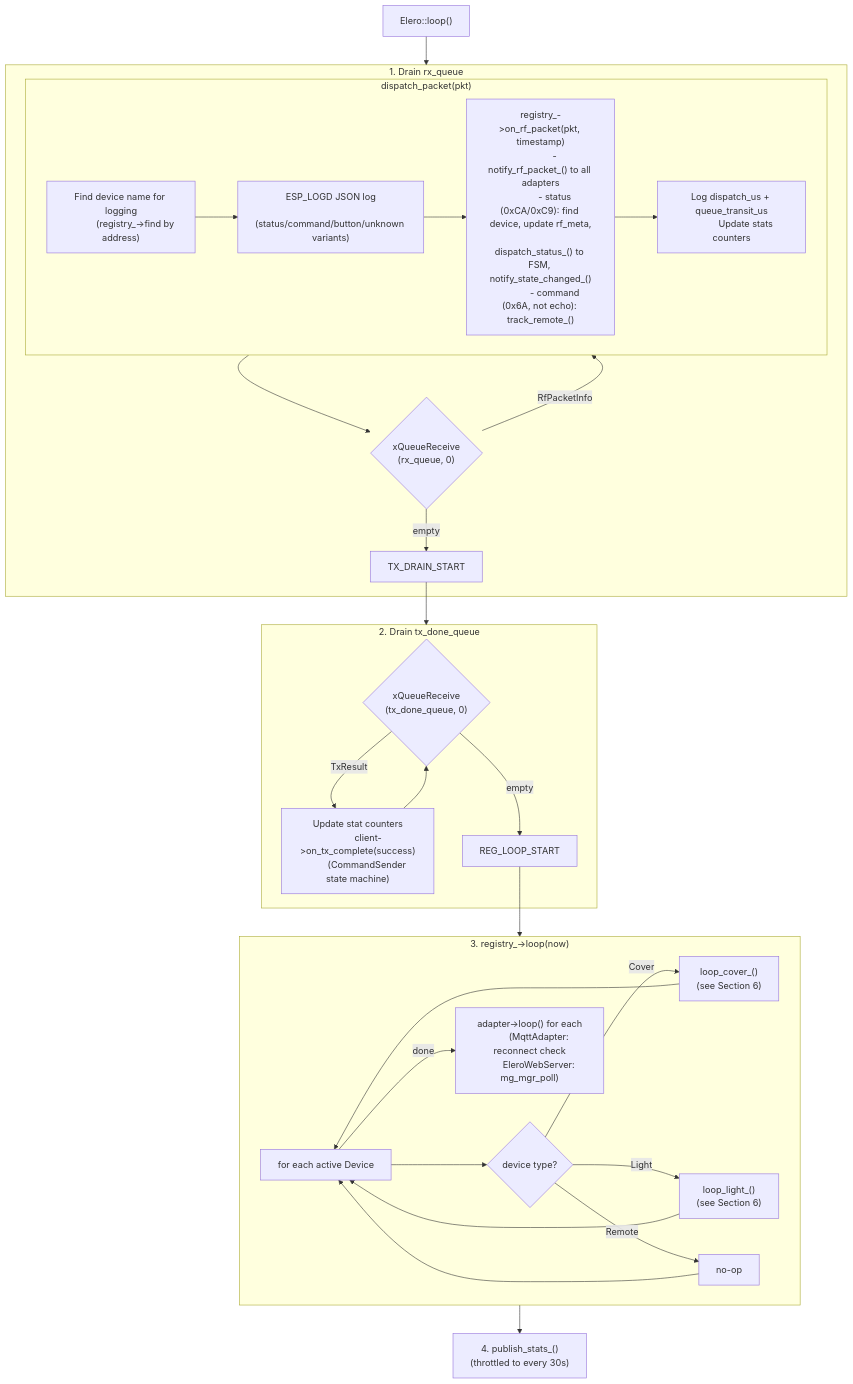
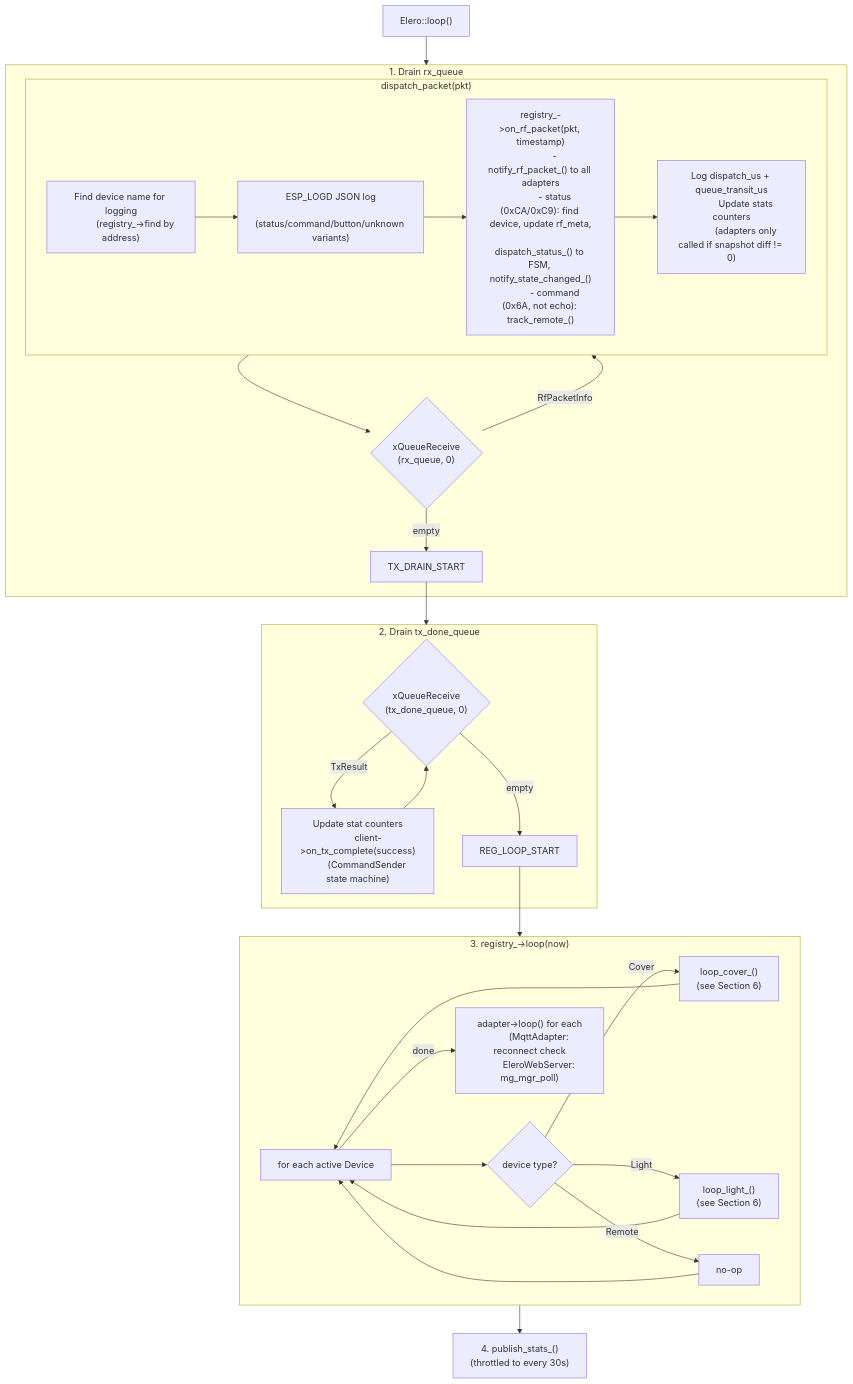
The third of 7 diagrams in docs/flows/STATE_MACHINES.md (manuschillerdev/esphome-elero), drawn with Mermaid before and after one commit. The commit also changed other lines of this file and 3 other files, not shown here.

First line of the commit message:
docs: update architecture docs for centralized publish decisions

````diff
--- a/docs/flows/STATE_MACHINES.md
+++ b/docs/flows/STATE_MACHINES.md
@@ -231,57 +231,58 @@
 ```mermaid
 flowchart TD
     START["Elero::loop()"] --> RX_DRAIN
 
     subgraph RX_DRAIN ["1. Drain rx_queue"]
         RX1{"xQueueReceive
         (rx_queue, 0)"} -->|RfPacketInfo| DISPATCH
         RX1 -->|empty| TX_DRAIN_START
 
         subgraph DISPATCH ["dispatch_packet(pkt)"]
             DP1["Find device name for logging
             (registry_->find by address)"]
             DP1 --> DP2["ESP_LOGD JSON log
             (status/command/button/unknown variants)"]
             DP2 --> DP3["registry_->on_rf_packet(pkt, timestamp)
             - notify_rf_packet_() to all adapters
             - status (0xCA/0xC9): find device, update rf_meta,
               dispatch_status_() to FSM, notify_state_changed_()
             - command (0x6A, not echo): track_remote_()"]
             DP3 --> DP4["Log dispatch_us + queue_transit_us
-            Update stats counters"]
+            Update stats counters
+            (adapters only called if snapshot diff != 0)"]
         end
 
         DISPATCH --> RX1
     end
 
     TX_DRAIN_START --> TX_DRAIN
 
     subgraph TX_DRAIN ["2. Drain tx_done_queue"]
         TX1{"xQueueReceive
         (tx_done_queue, 0)"} -->|TxResult| TX2["Update stat counters
         client->on_tx_complete(success)
         (CommandSender state machine)"]
         TX1 -->|empty| REG_LOOP_START
         TX2 --> TX1
     end
 
     REG_LOOP_START --> REG_LOOP
 
     subgraph REG_LOOP ["3. registry_->loop(now)"]
         RL1["for each active Device"] --> RL2{device type?}
         RL2 -->|Cover| RL3["loop_cover_()
         (see Section 6)"]
         RL2 -->|Light| RL4["loop_light_()
         (see Section 6)"]
         RL2 -->|Remote| RL5[no-op]
         RL3 --> RL1
         RL4 --> RL1
         RL5 --> RL1
         RL1 -->|done| RL6["adapter->loop() for each
         (MqttAdapter: reconnect check
         EleroWebServer: mg_mgr_poll)"]
     end
 
     REG_LOOP --> STATS["4. publish_stats_()
     (throttled to every 30s)"]
 ```
````
